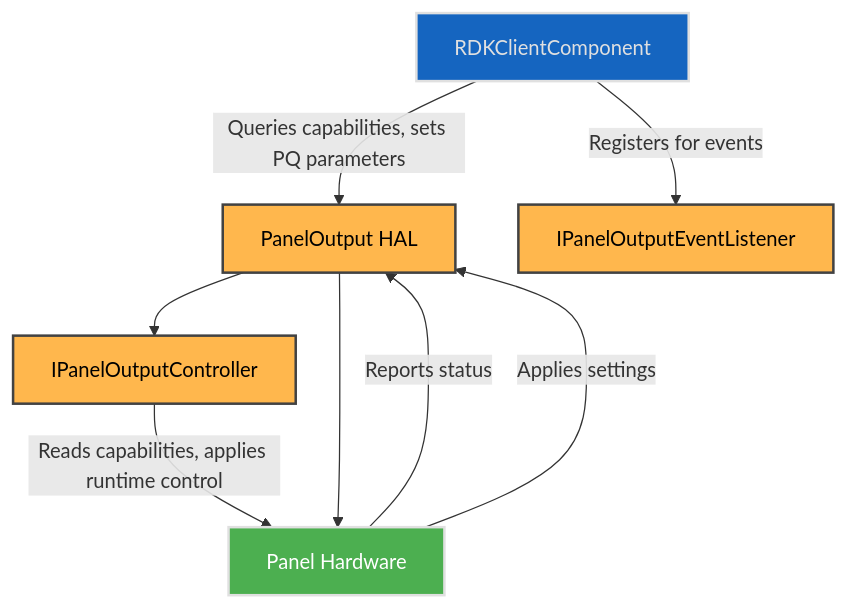
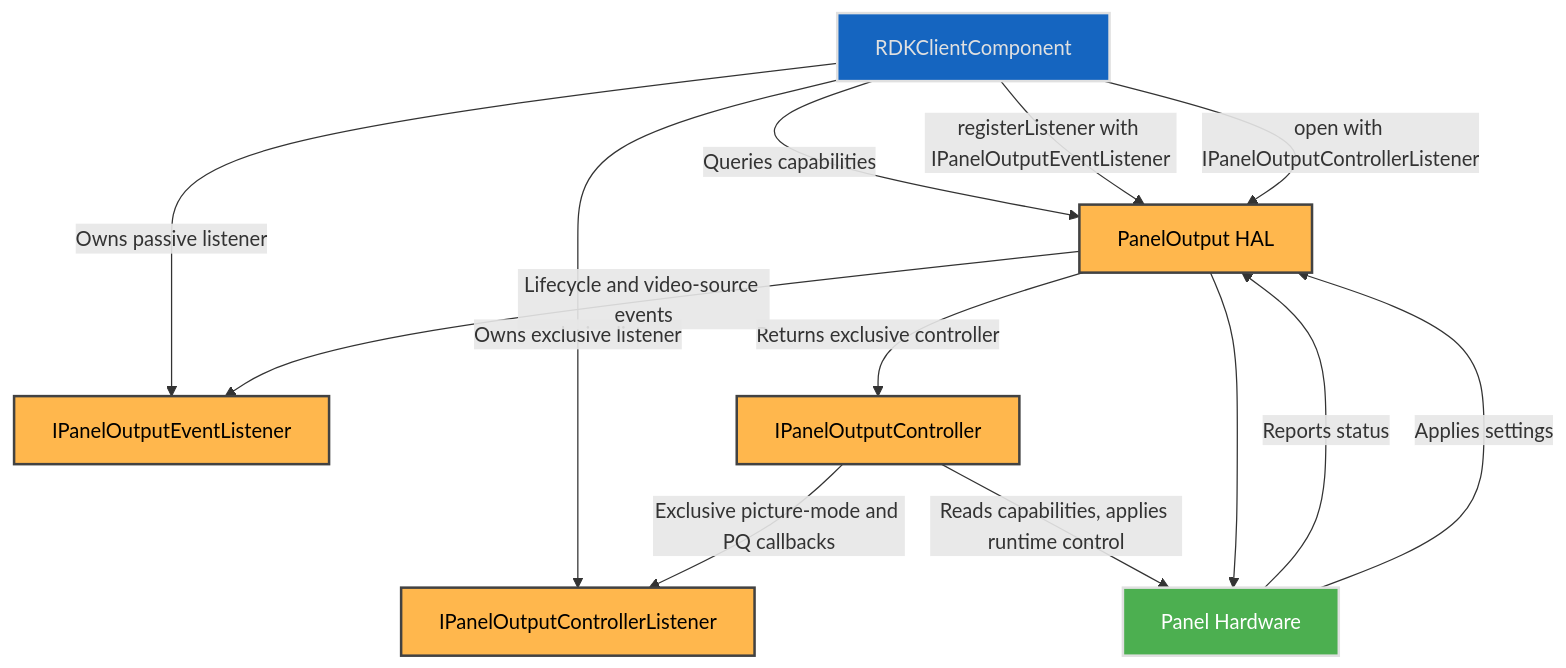
The first of 2 diagrams in panel/current/docs/panel.md (rdkcentral/rdk-halif-aidl), drawn with Mermaid before and after one commit. The commit also changed other lines of this file and 18 other files, not shown here.

````diff
--- a/panel/current/docs/panel.md
+++ b/panel/current/docs/panel.md
@@ -107,24 +116,30 @@
 ```mermaid
 flowchart TD
-  RDKClientComponent -->|Queries capabilities, sets PQ parameters| PanelOutput[PanelOutput HAL]
-  RDKClientComponent -->|Registers for events| Listener[IPanelOutputEventListener]
-  PanelOutput --> Controller[IPanelOutputController]
+  RDKClientComponent -->|Queries capabilities| PanelOutput[PanelOutput HAL]
+  RDKClientComponent -->|registerListener with IPanelOutputEventListener| PanelOutput
+  RDKClientComponent -->|open with IPanelOutputControllerListener| PanelOutput
+  RDKClientComponent -->|Owns passive listener| Listener[IPanelOutputEventListener]
+  RDKClientComponent -->|Owns exclusive listener| ControllerListener[IPanelOutputControllerListener]
+  PanelOutput -->|Returns exclusive controller| Controller[IPanelOutputController]
+  PanelOutput -->|Lifecycle and video-source events| Listener
+  Controller -->|Exclusive picture-mode and PQ callbacks| ControllerListener
   Controller -->|Reads capabilities, applies runtime control| Hardware
   PanelOutput --> Hardware[Panel Hardware]
   Hardware -->|Reports status| PanelOutput
   Hardware -->|Applies settings| PanelOutput
 
   classDef background fill:#121212,stroke:none,color:#E0E0E0;
   classDef blue fill:#1565C0,stroke:#E0E0E0,stroke-width:2px,color:#E0E0E0;
   classDef lightGrey fill:#616161,stroke:#E0E0E0,stroke-width:2px,color:#FFFFFF;
   classDef wheat fill:#FFB74D,stroke:#424242,stroke-width:2px,color:#000000;
   classDef green fill:#4CAF50,stroke:#E0E0E0,stroke-width:2px,color:#FFFFFF;
   classDef default fill:#1E1E1E,stroke:#E0E0E0,stroke-width:1px,color:#E0E0E0;
 
   RDKClientComponent:::blue
   PanelOutput:::wheat
   Listener:::wheat
   Controller:::wheat
+  ControllerListener:::wheat
   Hardware:::green
 
 ```
````
